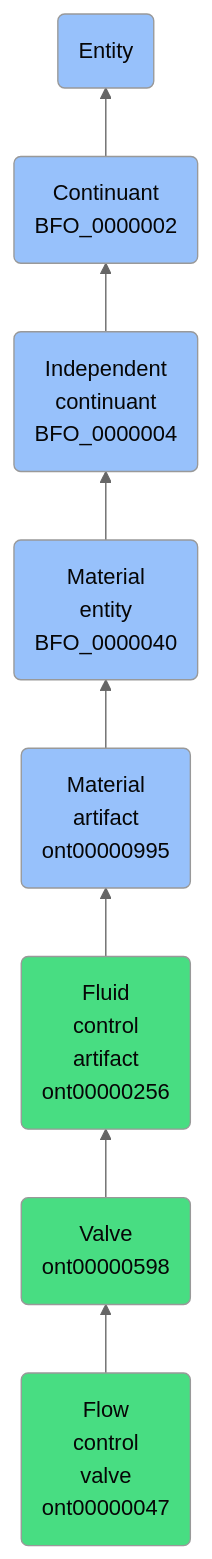
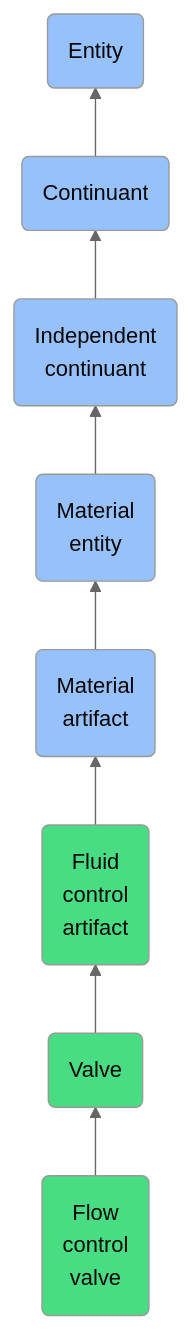
Before and after one commit to jupyter-naas/abi: the diagram in docs/ontology/reference/model/Entity/Continuant/Independent continuant/Material entity/Material artifact/Fluid control artifact/Valve/Flow control valve/Flow control valve.md, drawn with Mermaid (neutral theme). The commit also changed other lines of this file and 1430 other files, not shown here.

````diff
--- a/docs/ontology/reference/model/Entity/Continuant/Independent continuant/Material entity/Material artifact/Fluid control artifact/Valve/Flow control valve/Flow control valve.md
+++ b/docs/ontology/reference/model/Entity/Continuant/Independent continuant/Material entity/Material artifact/Fluid control artifact/Valve/Flow control valve/Flow control valve.md
@@ -24,15 +24,15 @@
 ```mermaid
 graph BT
-    ont00000047(Flow<br>control<br>valve<br>ont00000047):::ABI-->ont00000598
-    ont00000598(Valve<br>ont00000598):::ABI-->ont00000256
-    ont00000256(Fluid<br>control<br>artifact<br>ont00000256):::ABI-->ont00000995
-    ont00000995(Material<br>artifact<br>ont00000995):::BFO-->BFO_0000040
-    BFO_0000040(Material<br>entity<br>BFO_0000040):::BFO-->BFO_0000004
-    BFO_0000004(Independent<br>continuant<br>BFO_0000004):::BFO-->BFO_0000002
-    BFO_0000002(Continuant<br>BFO_0000002):::BFO-->BFO_0000001
+    ont00000047(Flow<br>control<br>valve):::ABI-->ont00000598
+    ont00000598(Valve):::ABI-->ont00000256
+    ont00000256(Fluid<br>control<br>artifact):::ABI-->ont00000995
+    ont00000995(Material<br>artifact):::BFO-->BFO_0000040
+    BFO_0000040(Material<br>entity):::BFO-->BFO_0000004
+    BFO_0000004(Independent<br>continuant):::BFO-->BFO_0000002
+    BFO_0000002(Continuant):::BFO-->BFO_0000001
     BFO_0000001(Entity):::BFO
     
     classDef BFO fill:#97c1fb,color:#060606
     classDef CCO fill:#e4c51e,color:#060606
     classDef ABI fill:#48DD82,color:#060606
 ```
````
